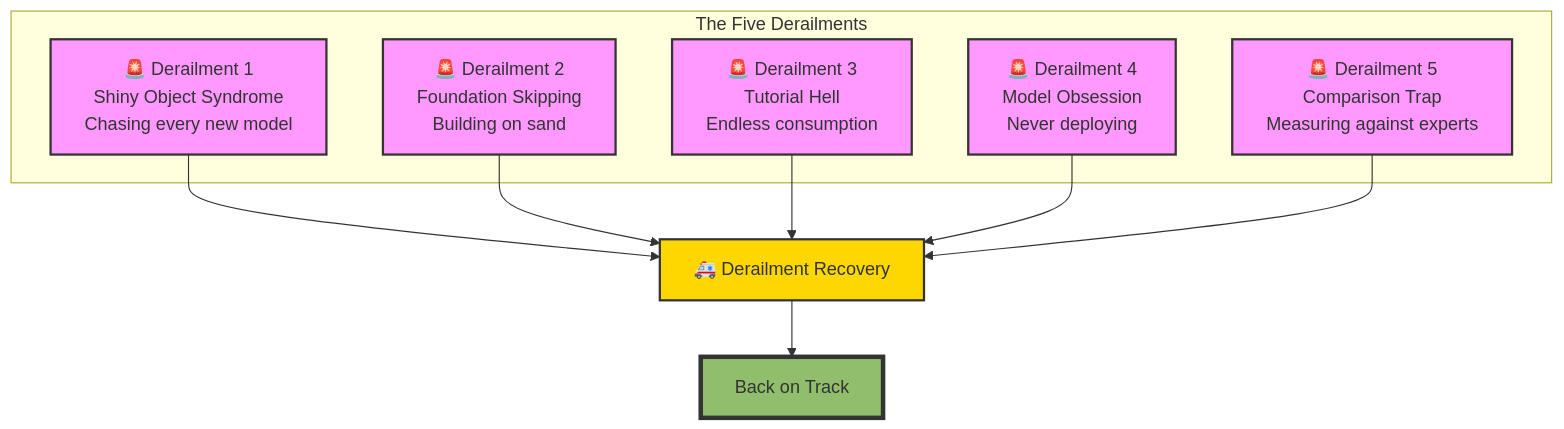
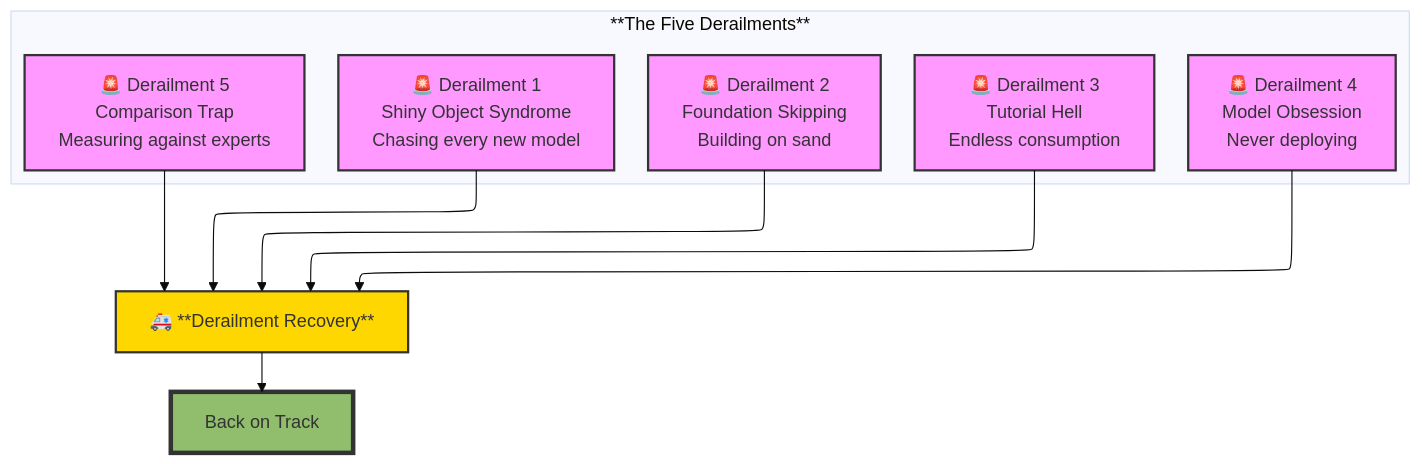
Before and after one commit to Vineet-Sharma-Medium-Stories/Medium-Build-Tool: the first of 7 diagrams in The 2026 AI Metromap/The 2026 AI Metromap: Avoiding Derailments.md, drawn with Mermaid. The commit also changed other lines of this file and 37 other files, not shown here.

````diff
--- a/The 2026 AI Metromap/The 2026 AI Metromap: Avoiding Derailments.md
+++ b/The 2026 AI Metromap/The 2026 AI Metromap: Avoiding Derailments.md
@@ -50,26 +50,31 @@
 ```mermaid
+---
+config:
+  theme: base
+  layout: elk
+---
 graph TD
-    subgraph "The Five Derailments"
+    subgraph "**The Five Derailments**"
         D1[🚨 Derailment 1<br/>Shiny Object Syndrome<br/>Chasing every new model]
         D2[🚨 Derailment 2<br/>Foundation Skipping<br/>Building on sand]
         D3[🚨 Derailment 3<br/>Tutorial Hell<br/>Endless consumption]
         D4[🚨 Derailment 4<br/>Model Obsession<br/>Never deploying]
         D5[🚨 Derailment 5<br/>Comparison Trap<br/>Measuring against experts]
     end
     
-    D1 --> R[🚑 Derailment Recovery]
+    D1 --> R[🚑 **Derailment Recovery**]
     D2 --> R
     D3 --> R
     D4 --> R
     D5 --> R
     
     R --> T[Back on Track]
     
     style D1 fill:#f9f,stroke:#333,stroke-width:2px
     style D2 fill:#f9f,stroke:#333,stroke-width:2px
     style D3 fill:#f9f,stroke:#333,stroke-width:2px
     style D4 fill:#f9f,stroke:#333,stroke-width:2px
     style D5 fill:#f9f,stroke:#333,stroke-width:2px
     style R fill:#ffd700,stroke:#333,stroke-width:2px
     style T fill:#90be6d,stroke:#333,stroke-width:4px
 ```
````
